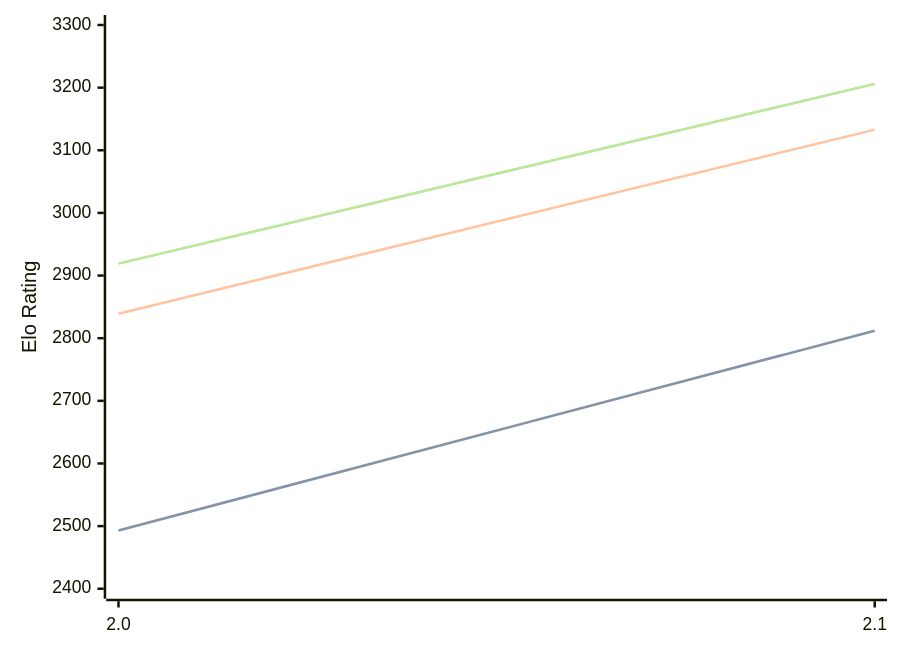
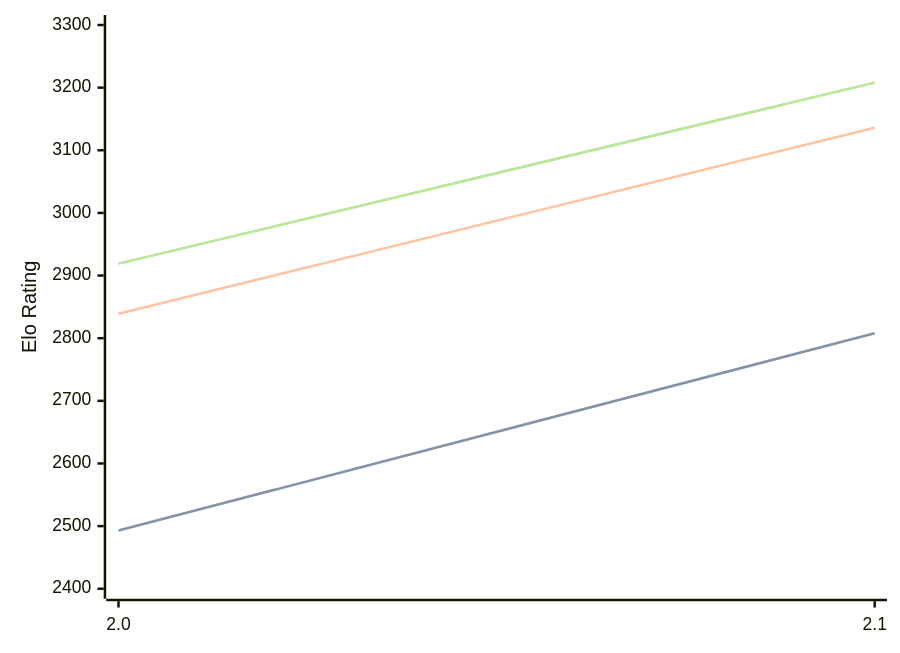
Before and after one commit to computer-chess-index/cci: the diagram in engines/Tunguska.md, drawn with Mermaid. The commit also changed other lines of this file, not shown here.

Commit message:
Update CCI Ratings (ELO VLTC) - 2026-07-31

````diff
--- a/engines/Tunguska.md
+++ b/engines/Tunguska.md
@@ -32,11 +32,11 @@
 ```mermaid
 %%{init: {"theme":"base","themeVariables":{"seriesColors:['#a3a3a3','#222221','#faa371']}}}%%
 xychart-beta
   x-axis ["2.0", "2.1"]
   y-axis "Elo Rating" 2400 --> 3300
-  line "STC (8.0+0.08s)" [2493, 2812]
-  line "STC (8.0+0.08s)" [2493, 2812]
-  line "LTC (60.0+0.60s)" [2839, 3133]
-  line "VLTC (2m24s+1.12s)" [2919, 3206]
-  line "VLTC (2m24s+1.12s)" [2919, 3206]
+  line "STC (8.0+0.08s)" [2493, 2808]
+  line "STC (8.0+0.08s)" [2493, 2808]
+  line "LTC (60.0+0.60s)" [2839, 3136]
+  line "VLTC (2m24s+1.12s)" [2919, 3208]
+  line "VLTC (2m24s+1.12s)" [2919, 3208]
 ```
````
